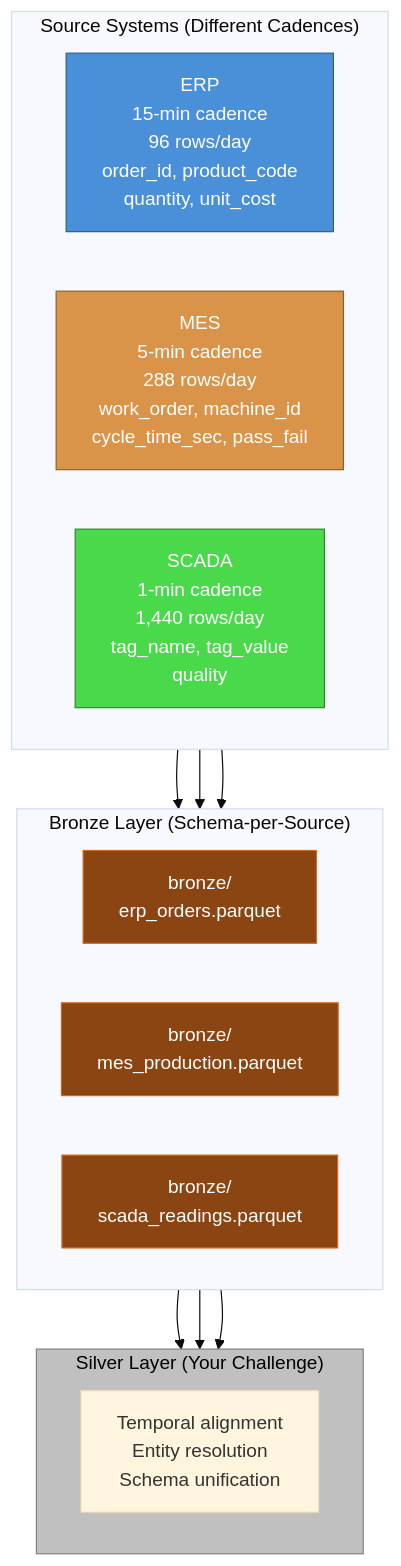
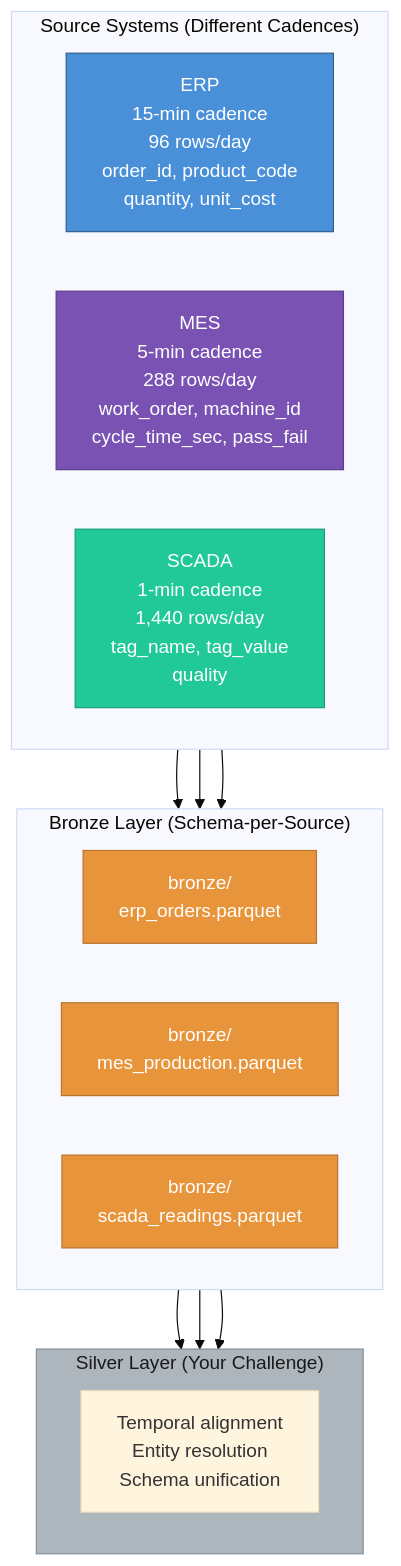
One commit to henryodibi11/Odibi changed the second of 2 diagrams in docs/simulation/patterns/data_engineering.md. Above: the diagram before and after it, drawn with Mermaid (base theme). The commit also changed other lines of this file and 7 other files, not shown here.

First line of the commit message:
Fix mermaid diagram colors for readability across all 26 diagrams

````diff
--- a/docs/simulation/patterns/data_engineering.md
+++ b/docs/simulation/patterns/data_engineering.md
@@ -438,35 +438,35 @@
 ```mermaid
 flowchart TB
     subgraph Sources["Source Systems (Different Cadences)"]
         direction LR
         ERP["ERP\n15-min cadence\n96 rows/day\norder_id, product_code\nquantity, unit_cost"]
         MES["MES\n5-min cadence\n288 rows/day\nwork_order, machine_id\ncycle_time_sec, pass_fail"]
         SCADA["SCADA\n1-min cadence\n1,440 rows/day\ntag_name, tag_value\nquality"]
     end
 
     subgraph Bronze["Bronze Layer (Schema-per-Source)"]
         direction LR
         B1["bronze/\nerp_orders.parquet"]
         B2["bronze/\nmes_production.parquet"]
         B3["bronze/\nscada_readings.parquet"]
     end
 
     subgraph Silver["Silver Layer (Your Challenge)"]
         S1["Temporal alignment\nEntity resolution\nSchema unification"]
     end
 
     ERP --> B1
     MES --> B2
     SCADA --> B3
     B1 --> Silver
     B2 --> Silver
     B3 --> Silver
 
     style ERP fill:#4a90d9,stroke:#2c5f8a,color:#ffffff
-    style MES fill:#d9944a,stroke:#8a5f2c,color:#ffffff
-    style SCADA fill:#4ad94a,stroke:#2c8a2c,color:#ffffff
-    style B1 fill:#8B4513,stroke:#D2691E,color:#ffffff
-    style B2 fill:#8B4513,stroke:#D2691E,color:#ffffff
-    style B3 fill:#8B4513,stroke:#D2691E,color:#ffffff
-    style Silver fill:#C0C0C0,stroke:#808080,color:#000000
+    style MES fill:#7952b3,stroke:#5a3d8a,color:#ffffff
+    style SCADA fill:#20c997,stroke:#199d76,color:#ffffff
+    style B1 fill:#e8943a,stroke:#b8732e,color:#ffffff
+    style B2 fill:#e8943a,stroke:#b8732e,color:#ffffff
+    style B3 fill:#e8943a,stroke:#b8732e,color:#ffffff
+    style Silver fill:#adb5bd,stroke:#868e96,color:#1a1a1a
 ```
````
